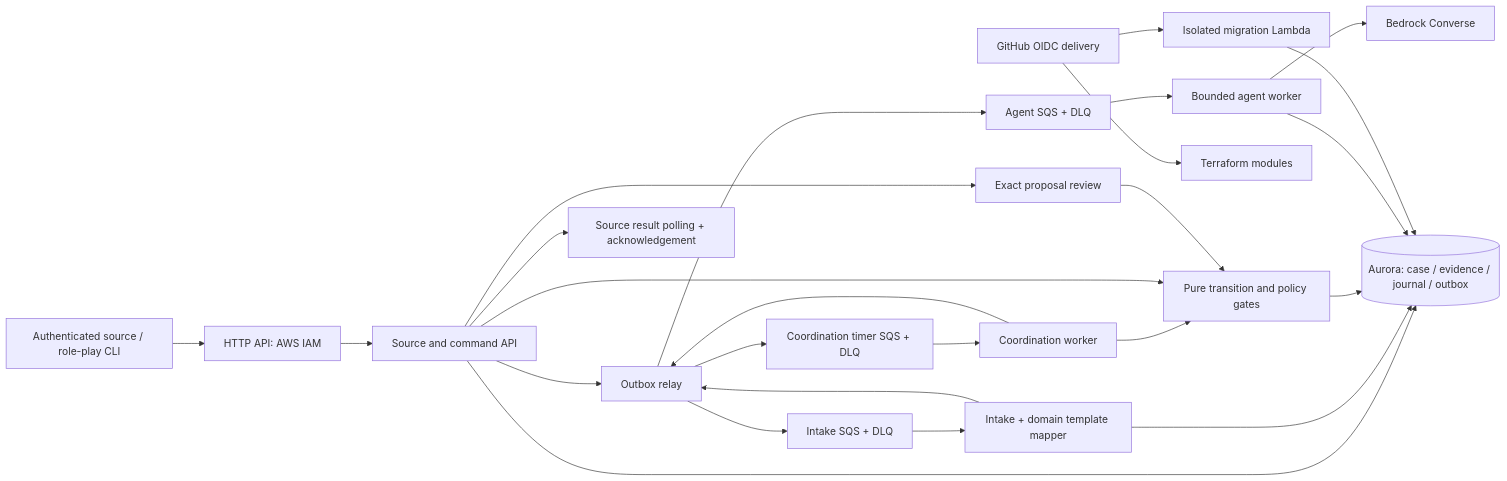
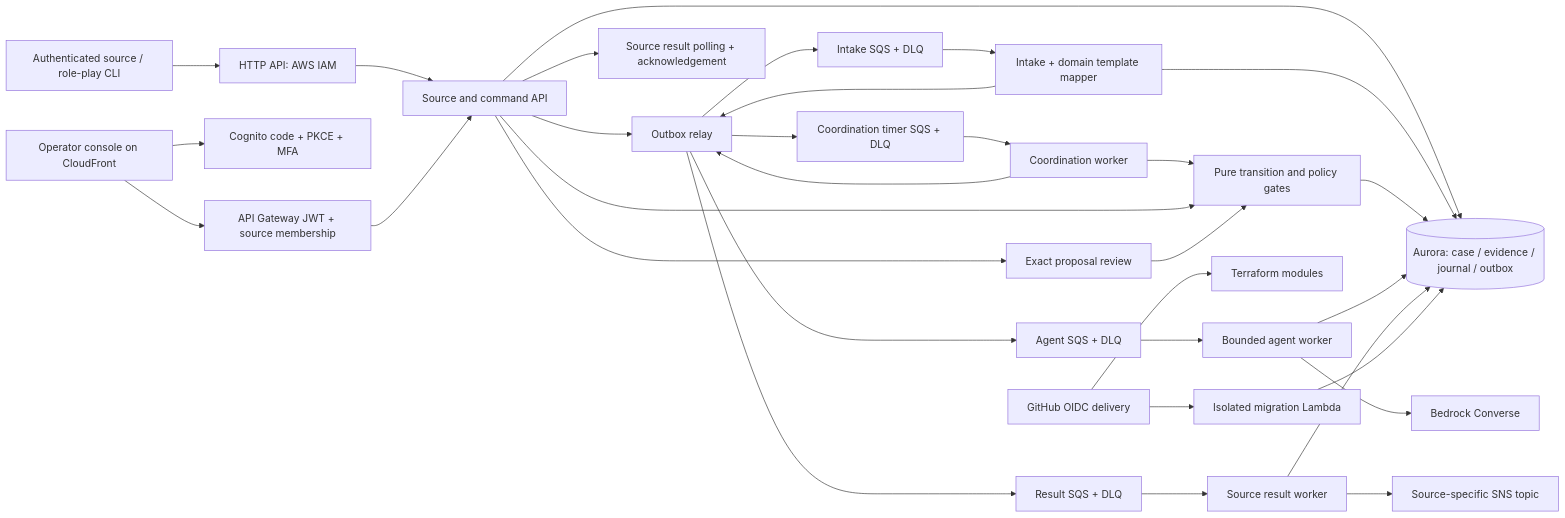
The diagram in docs/ARCHITECTURE.md (tanvir4hmed/ilien), drawn with Mermaid before and after one commit. The commit also changed other lines of this file and 1 other file, not shown here.

Commit message:
Use permitted source settings lock for membership administration

````diff
--- a/docs/ARCHITECTURE.md
+++ b/docs/ARCHITECTURE.md
@@ -5,27 +5,34 @@
 ```mermaid
 flowchart LR
   CLI[Authenticated source / role-play CLI] --> GW[HTTP API: AWS IAM]
   GW --> API[Source and command API]
   API --> DB[(Aurora: case / evidence / journal / outbox)]
   API --> RELAY[Outbox relay]
   RELAY --> IQ[Intake SQS + DLQ]
   IQ --> IN[Intake + domain template mapper]
   IN --> DB
   IN --> RELAY
   RELAY --> TQ[Coordination timer SQS + DLQ]
   TQ --> CW[Coordination worker]
   CW --> CORE[Pure transition and policy gates]
   API --> CORE
   CORE --> DB
   CW --> RELAY
   RELAY --> AQ[Agent SQS + DLQ]
   AQ --> AG[Bounded agent worker]
   AG --> BR[Bedrock Converse]
   AG --> DB
   API --> REVIEW[Exact proposal review]
   REVIEW --> CORE
+  BROWSER[Operator console on CloudFront] --> AUTH[Cognito code + PKCE + MFA]
+  BROWSER --> JWT[API Gateway JWT + source membership]
+  JWT --> API
   API --> RESULT[Source result polling + acknowledgement]
+  RELAY --> RQ[Result SQS + DLQ]
+  RQ --> RW[Source result worker]
+  RW --> SNS[Source-specific SNS topic]
+  RW --> DB
   CI[GitHub OIDC delivery] --> TF[Terraform modules]
   CI --> MIG[Isolated migration Lambda]
   MIG --> DB
 ```
````
